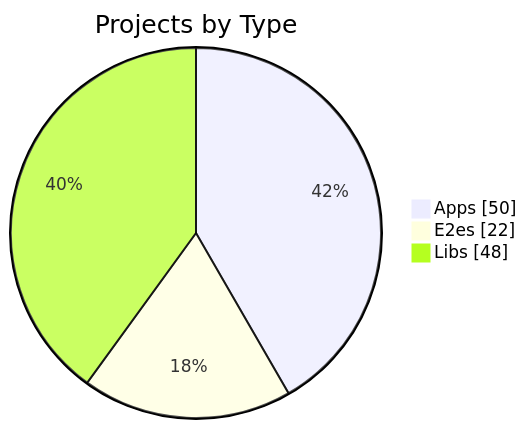
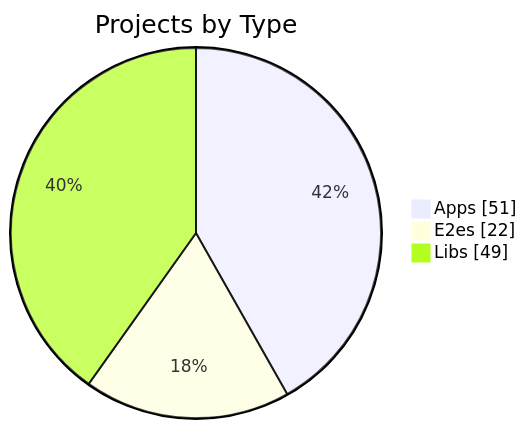
One commit to KBVE/kbve changed the first of 3 diagrams in apps/kbve/astro-kbve/src/content/docs/dashboard/graph.mdx. Above: the diagram before and after it, drawn with Mermaid. The commit also changed other lines of this file and 8 other files, not shown here.

````diff
--- a/apps/kbve/astro-kbve/src/content/docs/dashboard/graph.mdx
+++ b/apps/kbve/astro-kbve/src/content/docs/dashboard/graph.mdx
@@ -56,7 +56,7 @@
 ```mermaid
 pie showData
     title Projects by Type
-    "Apps" : 50
+    "Apps" : 51
     "E2es" : 22
-    "Libs" : 48
+    "Libs" : 49
 ```
````
